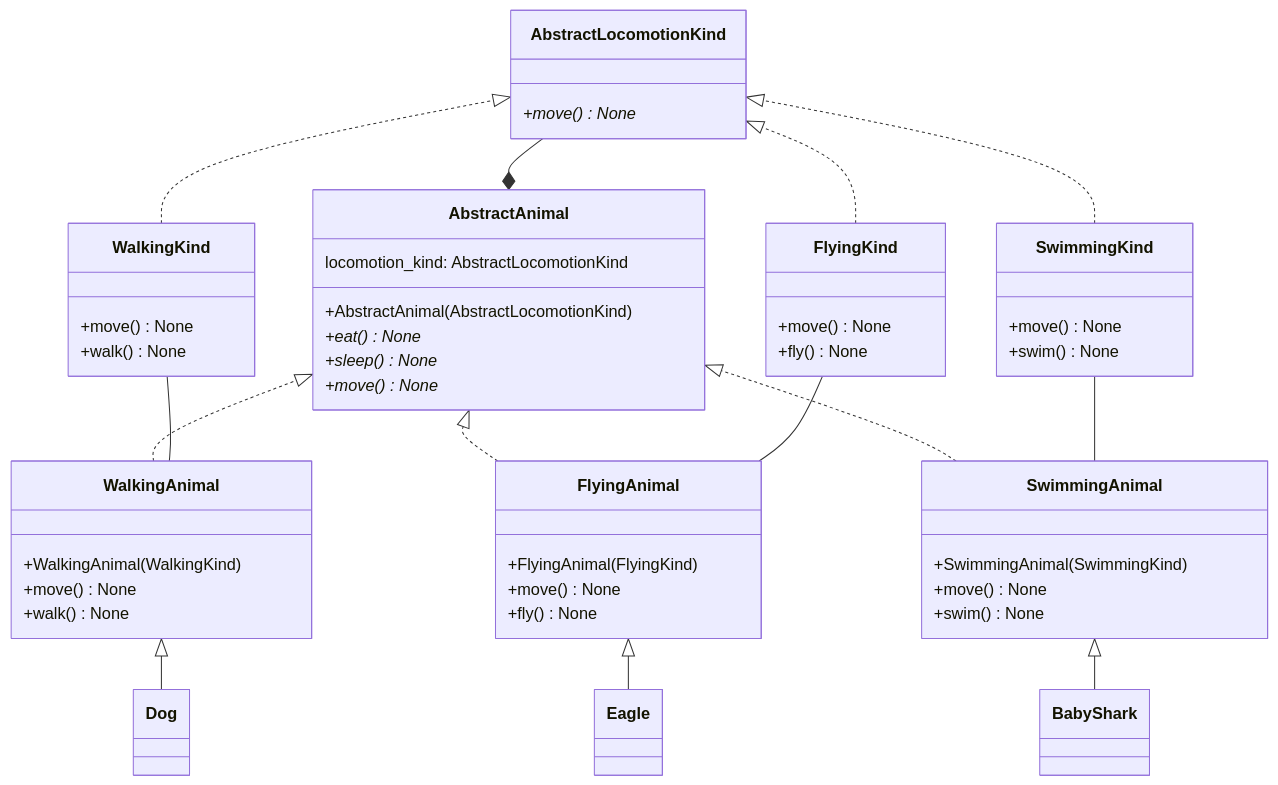
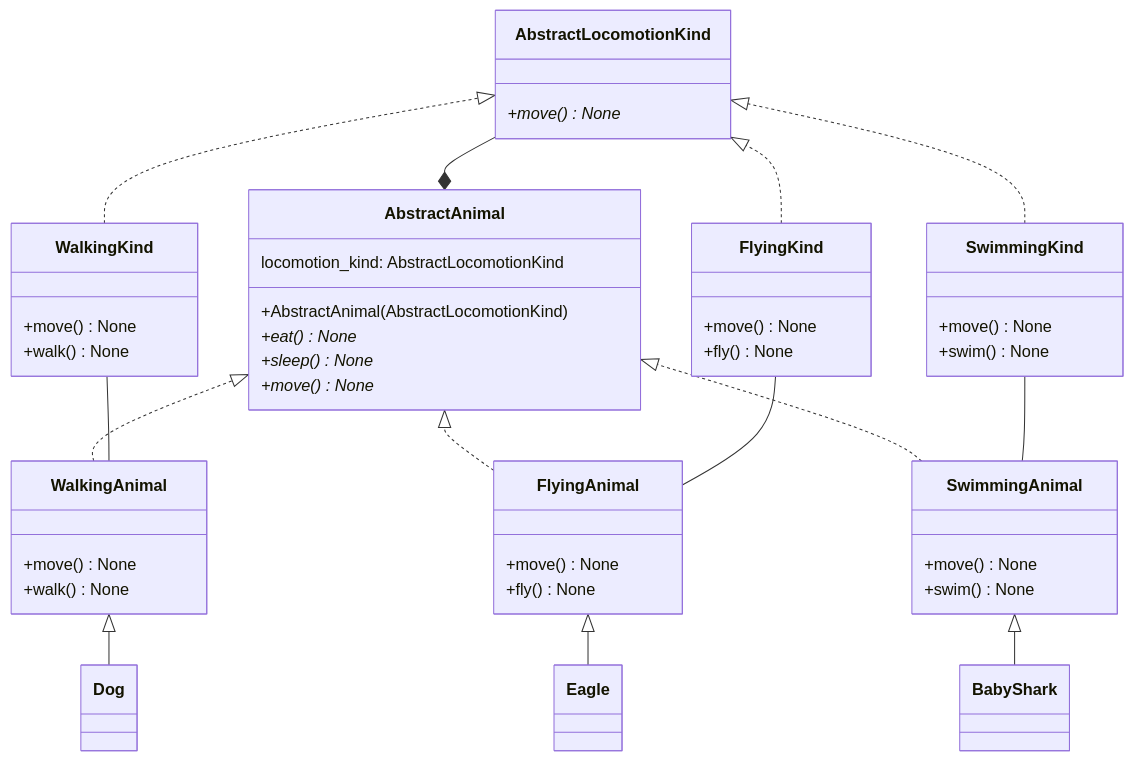
One commit to luizok/mermaid_test changed the diagram in README.md. Above: the diagram before and after it, drawn with Mermaid.

Commit message:
Fixed constructors

````diff
--- a/README.md
+++ b/README.md
@@ -9,61 +9,58 @@
 ```mermaid
 classDiagram
     direction BT
     class AbstractLocomotionKind {
         +move()* None
     }
     class WalkingKind {
         +move() None
         +walk() None
     }
     class FlyingKind {
         +move() None
         +fly() None
     }
     class SwimmingKind {
         +move() None
         +swim() None
     }
 
     WalkingKind ..|> AbstractLocomotionKind
     FlyingKind ..|> AbstractLocomotionKind
     SwimmingKind ..|> AbstractLocomotionKind
 
     class AbstractAnimal {
         locomotion_kind: AbstractLocomotionKind
         +AbstractAnimal(AbstractLocomotionKind)
         +eat()* None
         +sleep()* None
         +move()* None
     }
 
     AbstractAnimal *-- AbstractLocomotionKind
 
     class WalkingAnimal {
-        +WalkingAnimal(WalkingKind)
         +move() None
         +walk() None
     }
     class FlyingAnimal {
-        +FlyingAnimal(FlyingKind)
         +move() None
         +fly() None
     }
     class SwimmingAnimal {
-        +SwimmingAnimal(SwimmingKind)
         +move() None
         +swim() None
     }
 
     WalkingAnimal ..|> AbstractAnimal
     FlyingAnimal ..|> AbstractAnimal
     SwimmingAnimal ..|> AbstractAnimal
 
     WalkingAnimal -- WalkingKind
     FlyingAnimal -- FlyingKind
     SwimmingAnimal -- SwimmingKind
 
     Dog --|> WalkingAnimal
     Eagle --|> FlyingAnimal
     BabyShark --|> SwimmingAnimal
 ```
````
